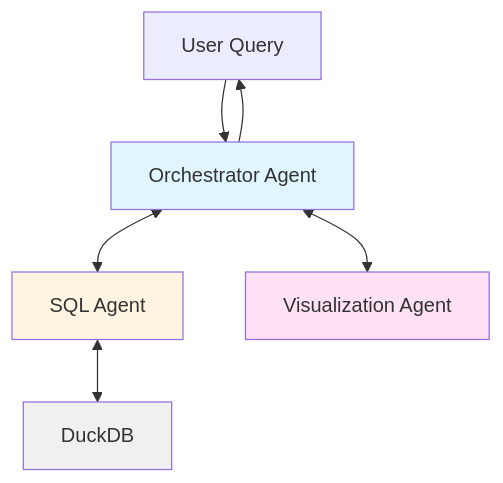
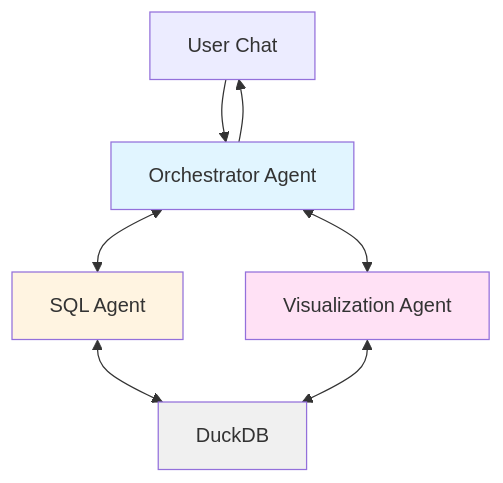
One commit to jstnck/Analytics-Agents-FastAPI-PydanticAI changed the second of 2 diagrams in README.md. Above: the diagram before and after it, drawn with Mermaid.

Commit message:
reorg readme

````diff
--- a/README.md
+++ b/README.md
@@ -144,13 +84,14 @@
 ```mermaid
 graph TD
-    A[User Query] --> B[Orchestrator Agent]
+    A[User Chat] --> B[Orchestrator Agent]
     B <--> C[SQL Agent]
     B <--> D[Visualization Agent]
     C <--> E[DuckDB]
+    D <--> E
     B --> A
 
     style B fill:#e1f5ff
     style C fill:#fff4e1
     style D fill:#ffe1f5
     style E fill:#f0f0f0
 ```
````
